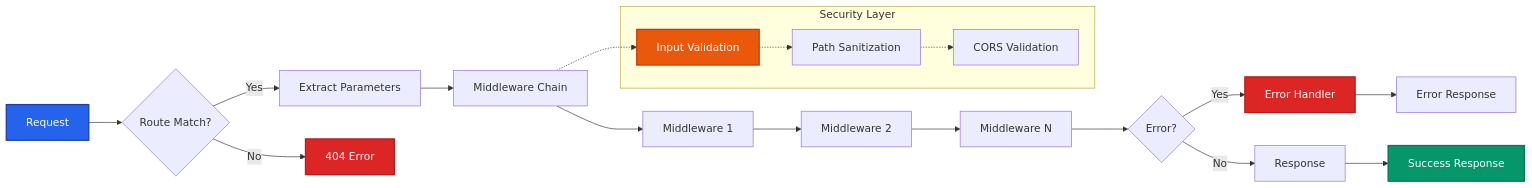
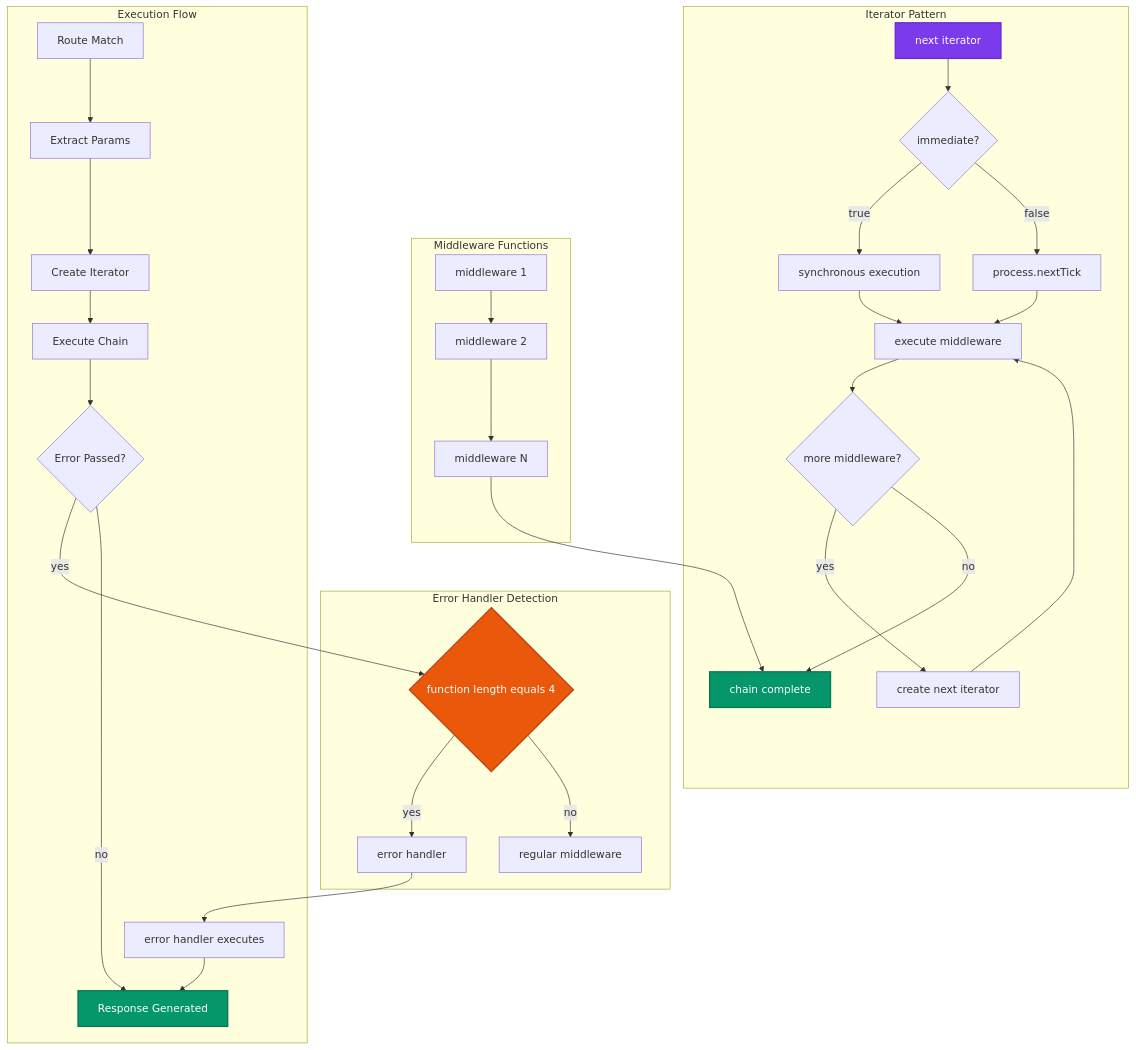
The third of 9 diagrams in docs/TECHNICAL_DOCUMENTATION.md (avoidwork/woodland), drawn with Mermaid before and after one commit. The commit also changed other lines of this file and 74 other files, not shown here.

````diff
--- a/docs/TECHNICAL_DOCUMENTATION.md
+++ b/docs/TECHNICAL_DOCUMENTATION.md
@@ -143,34 +208,42 @@
 ```mermaid
-graph LR
-    A[Request] --> B{Route Match?}
-    B -->|Yes| C[Extract Parameters]
-    B -->|No| D[404 Error]
-    
-    C --> E[Middleware Chain]
-    E --> F[Middleware 1]
-    F --> G[Middleware 2]
-    G --> H[Middleware N]
-    
-    H --> I{Error?}
-    I -->|Yes| J[Error Handler]
-    I -->|No| K[Response]
-    
-    J --> L[Error Response]
-    K --> M[Success Response]
-    
-    subgraph "Security Layer"
-        N[Input Validation]
-        O[Path Sanitization]
-        P[CORS Validation]
+graph TB
+    subgraph "Iterator Pattern"
+        A[next iterator] --> B{immediate?}
+        B -->|true| C[synchronous execution]
+        B -->|false| D[process.nextTick]
+        C --> E[execute middleware]
+        D --> E
+        E --> F{more middleware?}
+        F -->|yes| G[create next iterator]
+        F -->|no| H[chain complete]
+        G --> E
     end
-    
-    E -.-> N
-    N -.-> O
-    O -.-> P
-    
-    style A fill:#2563eb,stroke:#1e40af,stroke-width:2px,color:#ffffff
-    style D fill:#dc2626,stroke:#b91c1c,stroke-width:2px,color:#ffffff
-    style J fill:#dc2626,stroke:#b91c1c,stroke-width:2px,color:#ffffff
-    style M fill:#059669,stroke:#047857,stroke-width:2px,color:#ffffff
-    style N fill:#ea580c,stroke:#c2410c,stroke-width:2px,color:#ffffff
+
+    subgraph "Middleware Functions"
+        I[middleware 1] --> J[middleware 2]
+        J --> K[middleware N]
+        K --> H
+    end
+
+    subgraph "Error Handler Detection"
+        L{function length equals 4}
+        L -->|yes| M[error handler]
+        L -->|no| N[regular middleware]
+    end
+
+    subgraph "Execution Flow"
+        O[Route Match] --> P[Extract Params]
+        P --> Q[Create Iterator]
+        Q --> R[Execute Chain]
+        R --> S{Error Passed?}
+        S -->|yes| L
+        S -->|no| T[Response Generated]
+        M --> U[error handler executes]
+        U --> T
+    end
+
+    style A fill:#7c3aed,stroke:#6d28d9,stroke-width:2px,color:#ffffff
+    style H fill:#059669,stroke:#047857,stroke-width:2px,color:#ffffff
+    style L fill:#ea580c,stroke:#c2410c,stroke-width:2px,color:#ffffff
+    style T fill:#059669,stroke:#047857,stroke-width:2px,color:#ffffff
 ```
````
